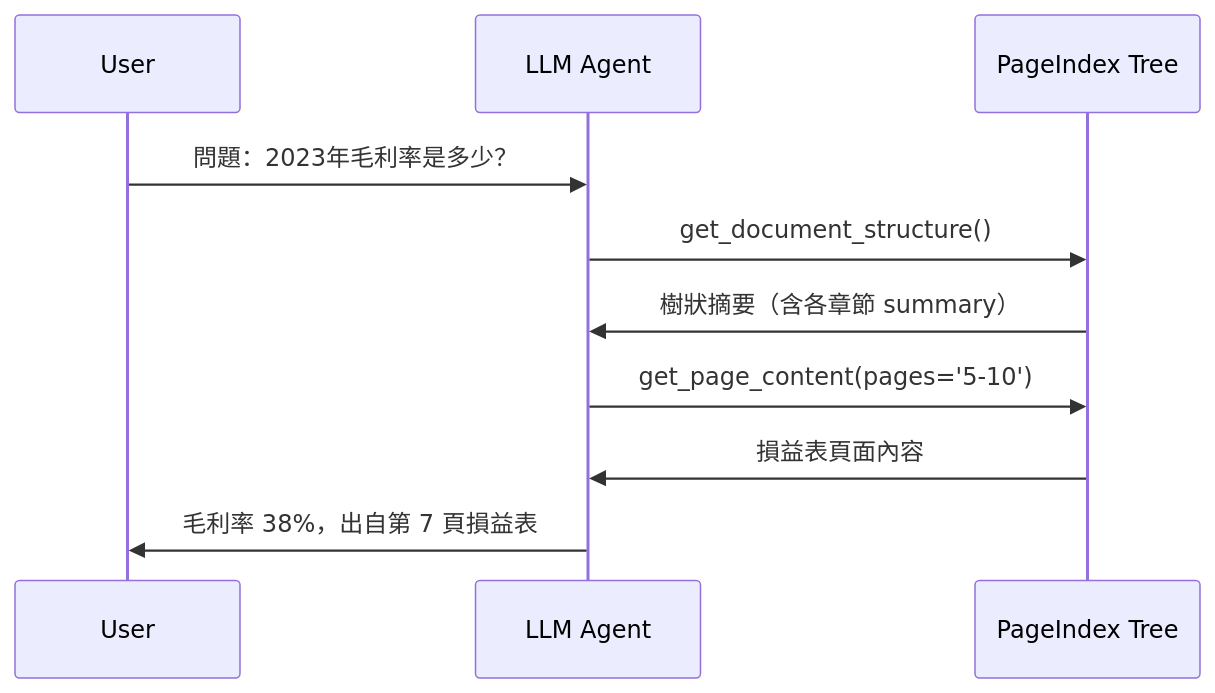
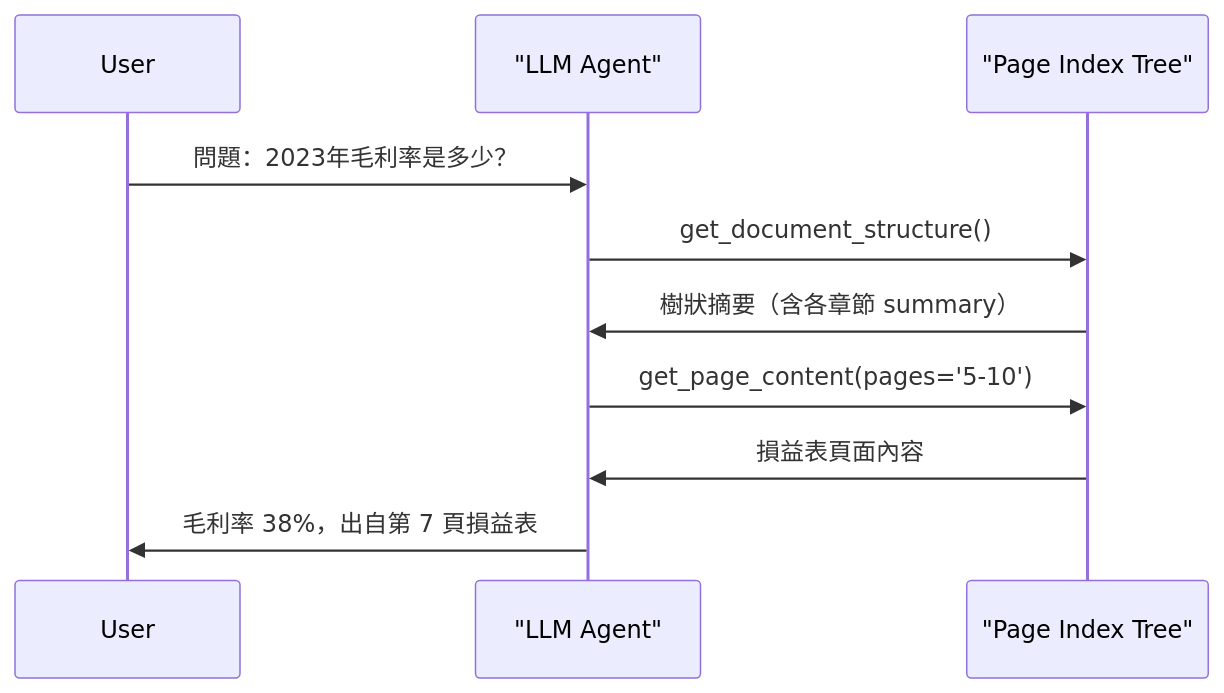
One commit to a920604a/engineernews changed the first of 3 diagrams in src/content/posts/tech/2026-05-12-pageindex-vs-vector-rag.md. Above: the diagram before and after it, drawn with Mermaid. The commit also changed 5 other files, not shown here.

Commit message:
fix: auto-fix mermaid syntax errors in posts

````diff
--- a/src/content/posts/tech/2026-05-12-pageindex-vs-vector-rag.md
+++ b/src/content/posts/tech/2026-05-12-pageindex-vs-vector-rag.md
@@ -61,13 +61,13 @@
 ```mermaid
 sequenceDiagram
   participant User
-  participant Agent as LLM Agent
-  participant Index as PageIndex Tree
+  participant Agent as "LLM Agent"
+  participant Index as "Page Index Tree"
 
   User->>Agent: 問題：2023年毛利率是多少？
   Agent->>Index: get_document_structure()
   Index->>Agent: 樹狀摘要（含各章節 summary）
   Agent->>Index: get_page_content(pages='5-10')
   Index->>Agent: 損益表頁面內容
   Agent->>User: 毛利率 38%，出自第 7 頁損益表
 ```
````
